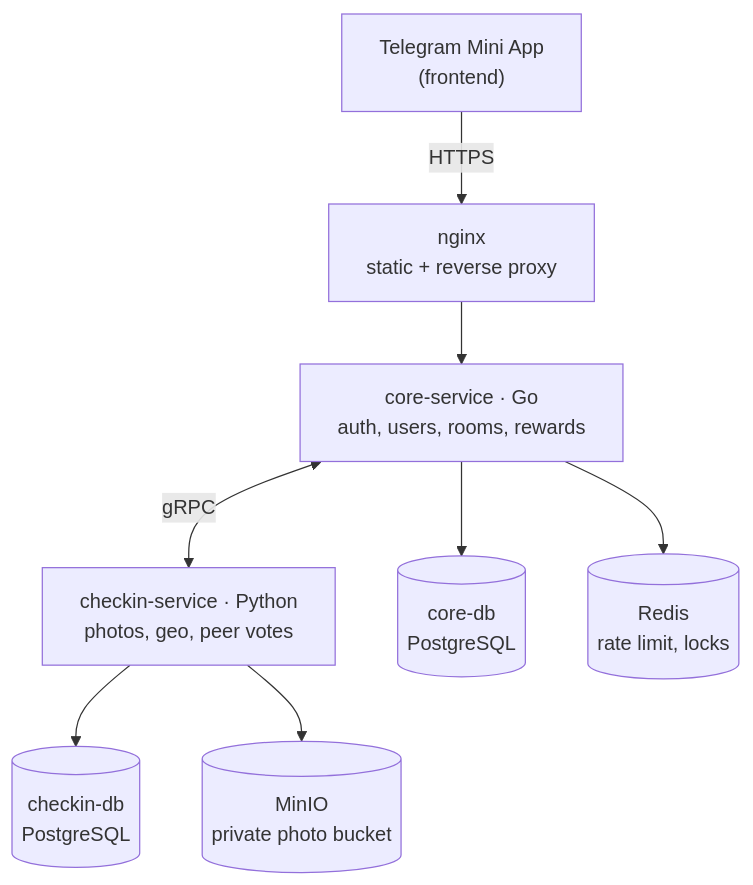
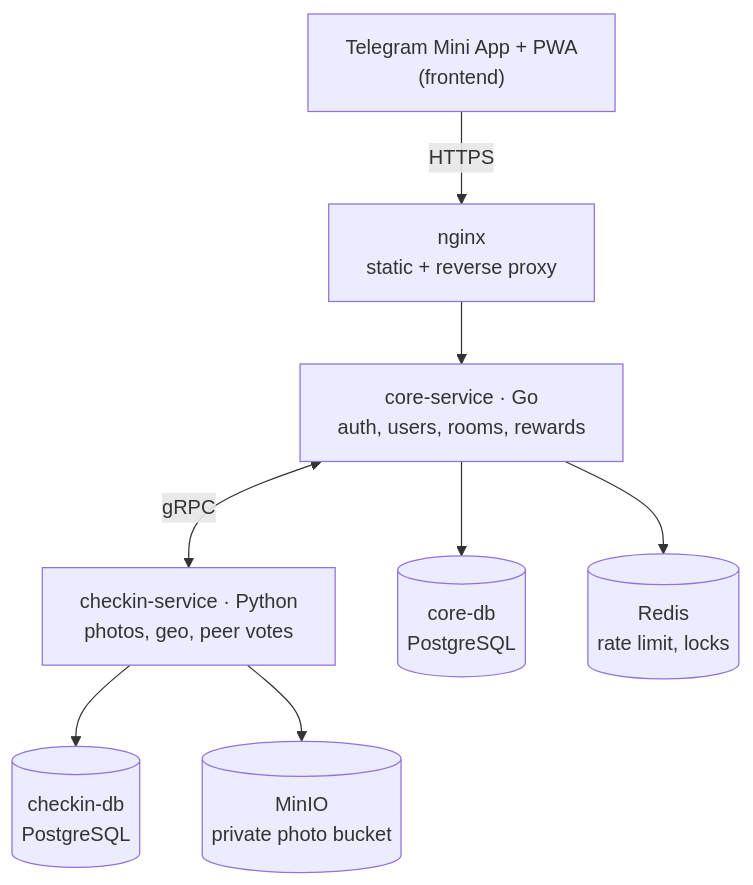
The diagram in README.md (kosttiik/BuddyGym), drawn with Mermaid before and after one commit. The commit also changed other lines of this file and 38 other files, not shown here.

````diff
--- a/README.md
+++ b/README.md
@@ -7,19 +7,19 @@
 ```mermaid
 flowchart TB
-    tma["Telegram Mini App<br>(frontend)"]
+    clients["Telegram Mini App + PWA<br>(frontend)"]
     nginx["nginx<br>static + reverse proxy"]
     core["core-service · Go<br>auth, users, rooms, rewards"]
     checkin["checkin-service · Python<br>photos, geo, peer votes"]
     coredb[("core-db<br>PostgreSQL")]
     redis[("Redis<br>rate limit, locks")]
     checkindb[("checkin-db<br>PostgreSQL")]
     s3[("MinIO<br>private photo bucket")]
 
-    tma -- HTTPS --> nginx
+    clients -- HTTPS --> nginx
     nginx --> core
     core <-- gRPC --> checkin
     core --> coredb
     core --> redis
     checkin --> checkindb
     checkin --> s3
 ```
````
